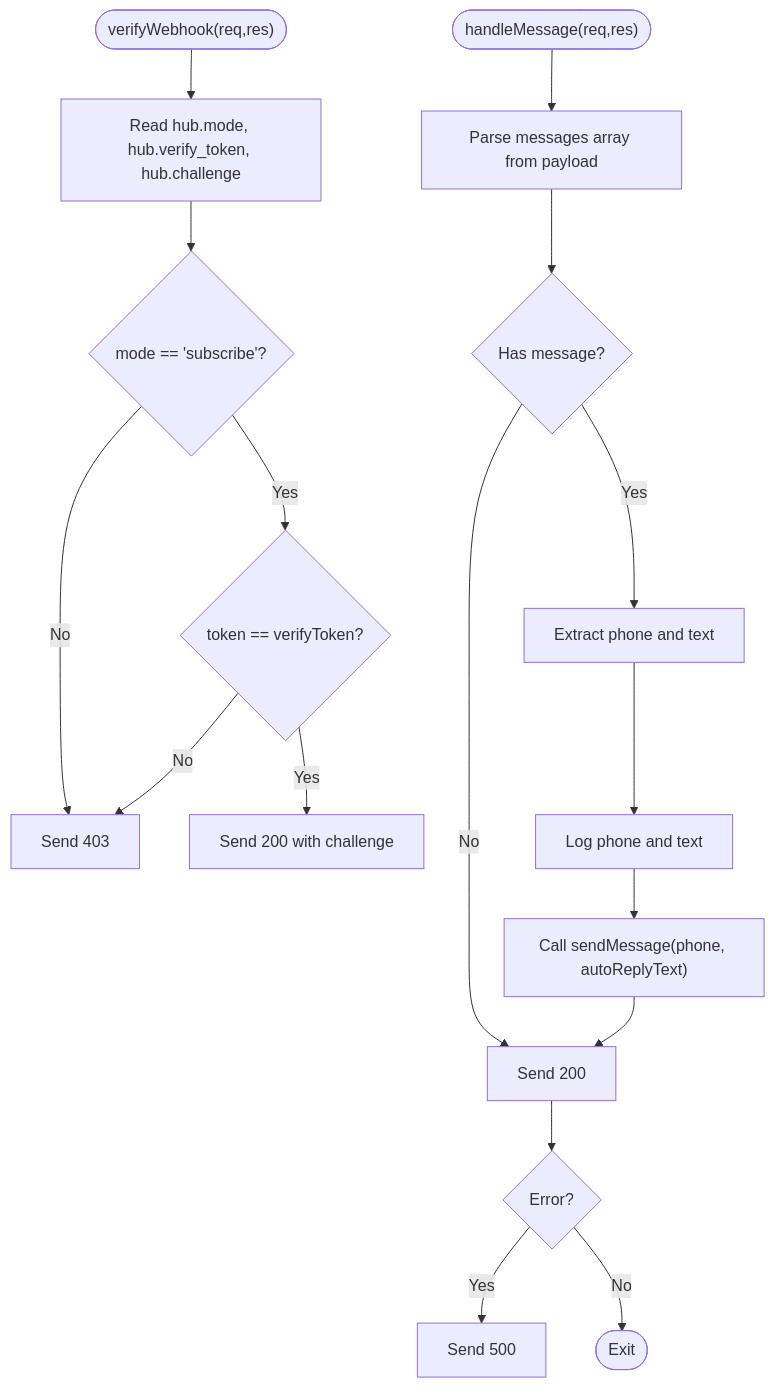
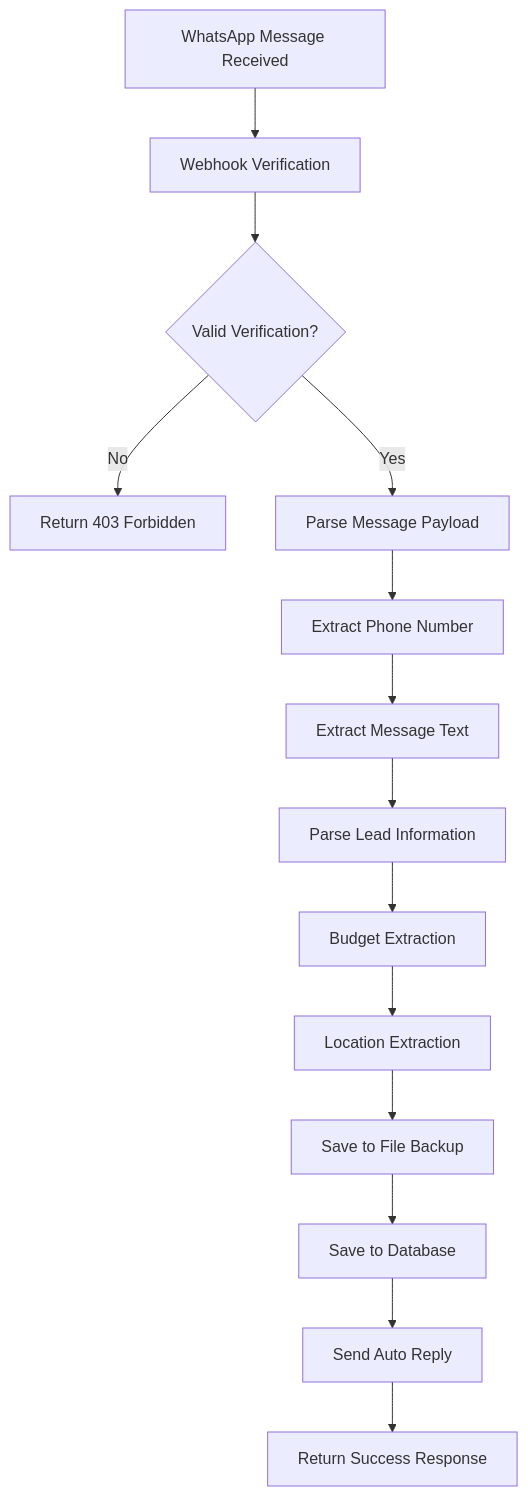
Before and after one commit to hariom-wdsadhunik/SaaS-Project: the fifth of 6 diagrams in .qoder/repowiki/en/content/System Architecture.md, drawn with Mermaid. The commit also changed other lines of this file and 13 other files, not shown here.

````diff
--- a/.qoder/repowiki/en/content/System Architecture.md
+++ b/.qoder/repowiki/en/content/System Architecture.md
@@ -171,19 +338,16 @@
 ```mermaid
 flowchart TD
-A(["verifyWebhook(req,res)"]) --> ReadParams["Read hub.mode, hub.verify_token, hub.challenge"]
-ReadParams --> ModeCheck{"mode == 'subscribe'?"}
-ModeCheck --> |No| Forbidden["Send 403"]
-ModeCheck --> |Yes| TokenCheck{"token == verifyToken?"}
-TokenCheck --> |No| Forbidden
-TokenCheck --> |Yes| SendChallenge["Send 200 with challenge"]
-B(["handleMessage(req,res)"]) --> ParseMsg["Parse messages array from payload"]
-ParseMsg --> HasMsg{"Has message?"}
-HasMsg --> |No| Ack200["Send 200"]
-HasMsg --> |Yes| Extract["Extract phone and text"]
-Extract --> Log["Log phone and text"]
-Log --> AutoReply["Call sendMessage(phone, autoReplyText)"]
-AutoReply --> Ack200
-Ack200 --> CatchErr{"Error?"}
-CatchErr --> |Yes| Err500["Send 500"]
-CatchErr --> |No| Done(["Exit"])
+A["WhatsApp Message Received"] --> B["Webhook Verification"]
+B --> C{"Valid Verification?"}
+C --> |No| D["Return 403 Forbidden"]
+C --> |Yes| E["Parse Message Payload"]
+E --> F["Extract Phone Number"]
+F --> G["Extract Message Text"]
+G --> H["Parse Lead Information"]
+H --> I["Budget Extraction"]
+I --> J["Location Extraction"]
+J --> K["Save to File Backup"]
+K --> L["Save to Database"]
+L --> M["Send Auto Reply"]
+M --> N["Return Success Response"]
 ```
````
